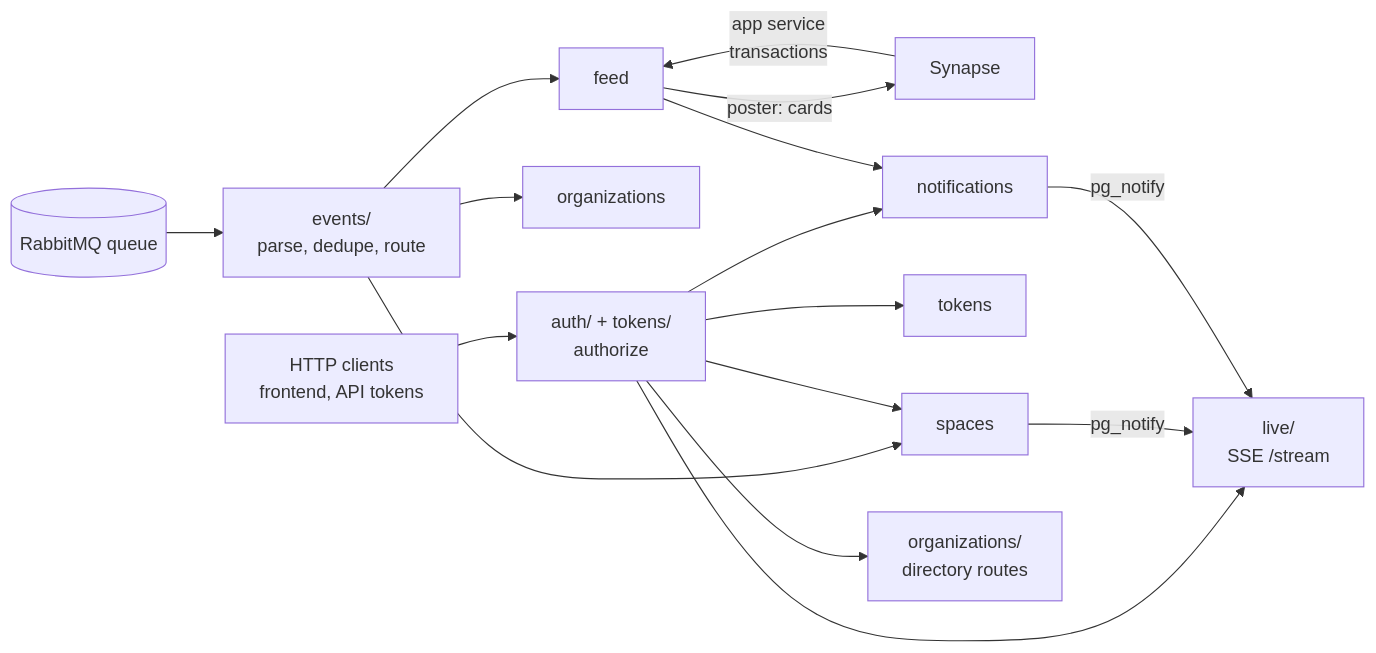
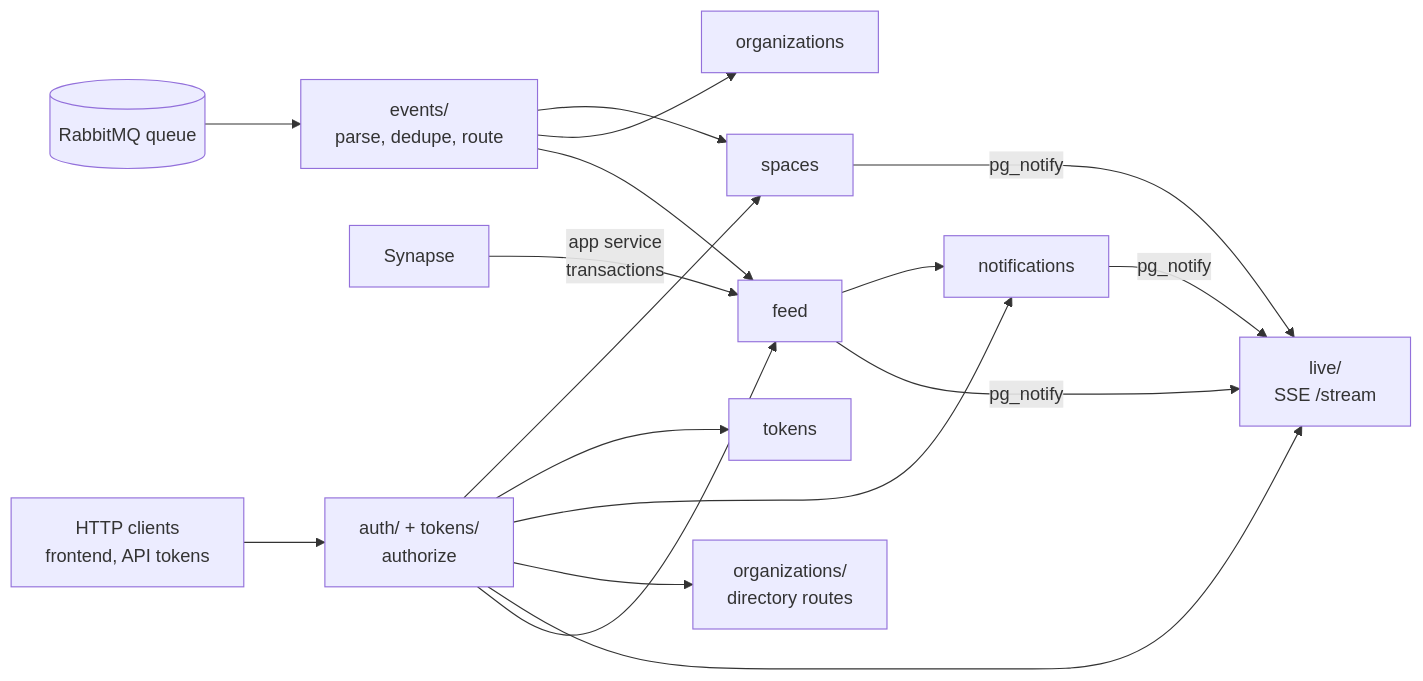
The first of 2 diagrams in docs/backend-dev.md (linagora/twake-space), drawn with Mermaid before and after one commit. The commit also changed other lines of this file and 5 other files, not shown here.

````diff
--- a/docs/backend-dev.md
+++ b/docs/backend-dev.md
@@ -29,11 +29,11 @@
 ```mermaid
 flowchart LR
   rabbitmq[(RabbitMQ queue)] --> events["events/<br>parse, dedupe, route"]
   synapse[Synapse] -- "app service<br>transactions" --> feed
   events --> spaces & organizations & feed
   http["HTTP clients<br>frontend, API tokens"] --> auth["auth/ + tokens/<br>authorize"]
   auth --> spaces & tokens & notifications & directory["organizations/<br>directory routes"] & live
   feed --> notifications
-  spaces & notifications -- "pg_notify" --> live["live/<br>SSE /stream"]
-  feed -- "poster: cards" --> synapse
+  auth --> feed
+  spaces & notifications & feed -- "pg_notify" --> live["live/<br>SSE /stream"]
 ```
````
